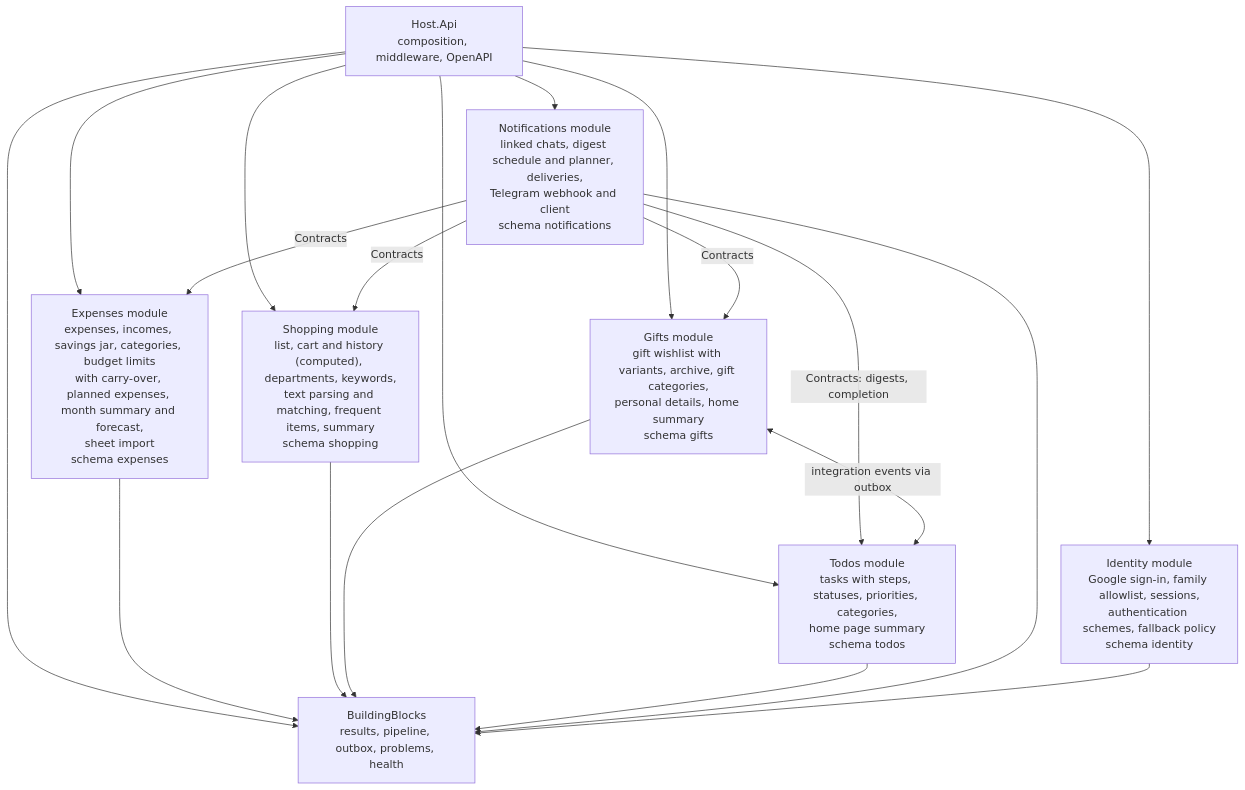
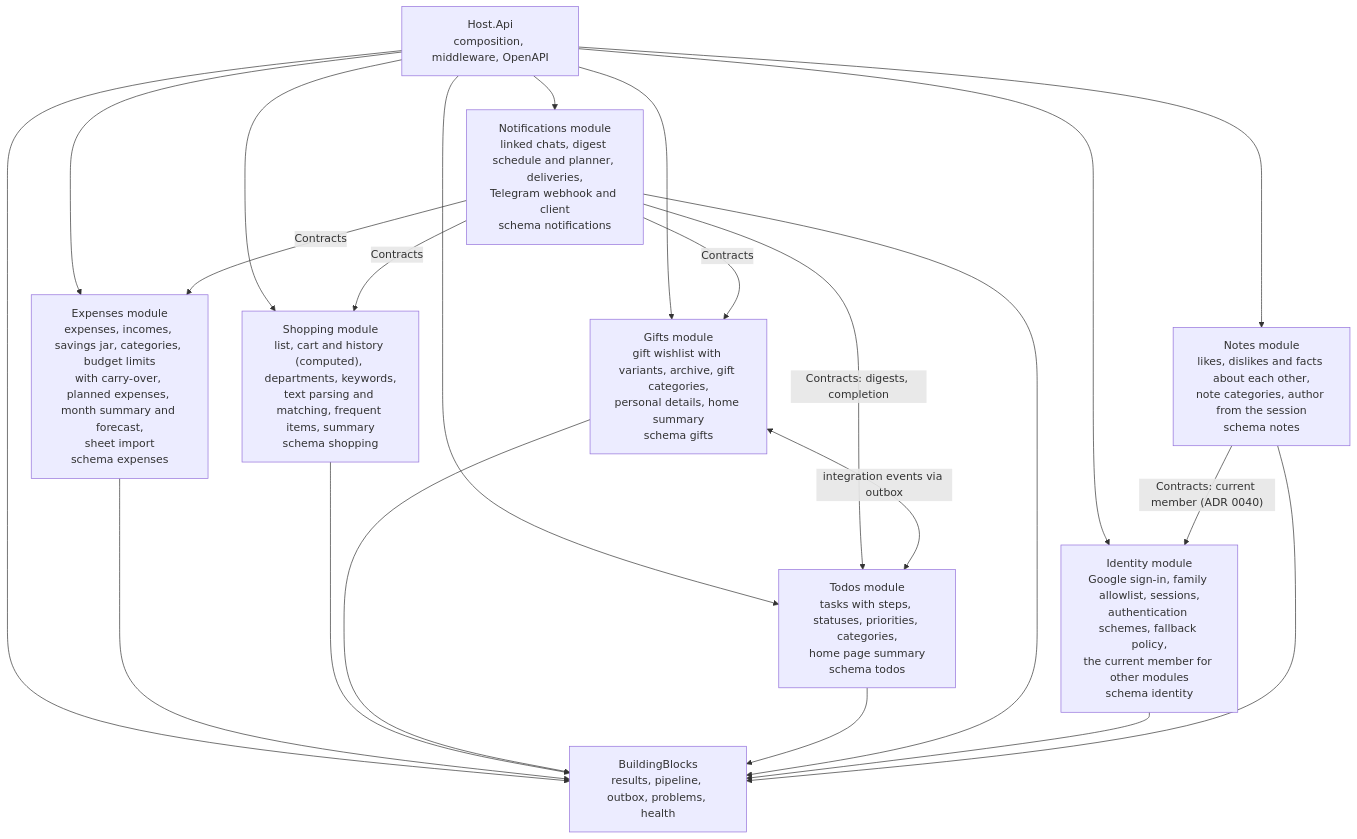
One commit to Weretik/home-app changed the third of 3 diagrams in api/docs/architecture/c4.md. Above: the diagram before and after it, drawn with Mermaid. The commit also changed 105 other files, not shown here.

First line of the commit message:
Notes module: notes and categories in schema notes; who is signed in through Identity.Contracts

````diff
--- a/api/docs/architecture/c4.md
+++ b/api/docs/architecture/c4.md
@@ -59,30 +59,34 @@
 ```mermaid
 flowchart TB
     host["Host.Api<br/>composition, middleware, OpenAPI"]
     blocks["BuildingBlocks<br/>results, pipeline, outbox, problems, health"]
     expenses["Expenses module<br/>expenses, incomes, savings jar, categories, budget limits<br/>with carry-over, planned expenses, month summary and forecast,<br/>sheet import<br/>schema expenses"]
     shopping["Shopping module<br/>list, cart and history (computed), departments, keywords,<br/>text parsing and matching, frequent items, summary<br/>schema shopping"]
     gifts["Gifts module<br/>gift wishlist with variants, archive, gift categories,<br/>personal details, home summary<br/>schema gifts"]
     todos["Todos module<br/>tasks with steps, statuses, priorities, categories,<br/>home page summary<br/>schema todos"]
     notifications["Notifications module<br/>linked chats, digest schedule and planner, deliveries,<br/>Telegram webhook and client<br/>schema notifications"]
-    identity["Identity module<br/>Google sign-in, family allowlist, sessions,<br/>authentication schemes, fallback policy<br/>schema identity"]
+    identity["Identity module<br/>Google sign-in, family allowlist, sessions,<br/>authentication schemes, fallback policy,<br/>the current member for other modules<br/>schema identity"]
+    notes["Notes module<br/>likes, dislikes and facts about each other,<br/>note categories, author from the session<br/>schema notes"]
 
     host --> blocks
     host --> expenses
     host --> shopping
     host --> gifts
     host --> todos
+    host --> notes
     host --> notifications
     host --> identity
     expenses --> blocks
     shopping --> blocks
     gifts --> blocks
     todos --> blocks
     notifications --> blocks
     notifications -->|"Contracts: digests, completion"| todos
     notifications -->|Contracts| gifts
     notifications -->|Contracts| shopping
     notifications -->|Contracts| expenses
     gifts <-->|"integration events via outbox"| todos
     identity --> blocks
+    notes --> blocks
+    notes -->|"Contracts: current member (ADR 0040)"| identity
 ```
````
